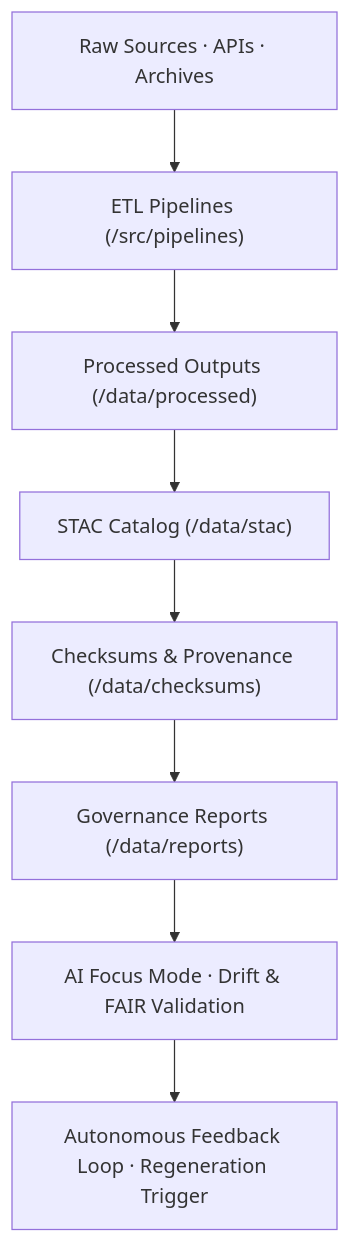
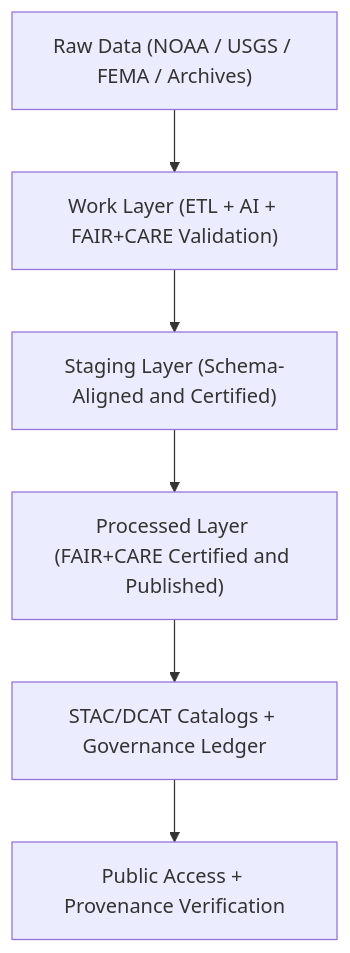
The first of 2 diagrams in data/ARCHITECTURE.md (bartytime4life/Kansas-Frontier-Matrix), drawn with Mermaid before and after one commit. The commit also changed other lines of this file, not shown here.

````diff
--- a/data/ARCHITECTURE.md
+++ b/data/ARCHITECTURE.md
@@ -64,10 +53,8 @@
 ```mermaid
-graph TD
-  A["Raw Sources · APIs · Archives"] --> B["ETL Pipelines (/src/pipelines)"]
-  B --> C["Processed Outputs (/data/processed)"]
-  C --> D["STAC Catalog (/data/stac)"]
-  D --> E["Checksums & Provenance (/data/checksums)"]
-  E --> F["Governance Reports (/data/reports)"]
-  F --> G["AI Focus Mode · Drift & FAIR Validation"]
-  G --> H["Autonomous Feedback Loop · Regeneration Trigger"]
+flowchart TD
+    A["Raw Data (NOAA / USGS / FEMA / Archives)"] --> B["Work Layer (ETL + AI + FAIR+CARE Validation)"]
+    B --> C["Staging Layer (Schema-Aligned and Certified)"]
+    C --> D["Processed Layer (FAIR+CARE Certified and Published)"]
+    D --> E["STAC/DCAT Catalogs + Governance Ledger"]
+    E --> F["Public Access + Provenance Verification"]
 ```
````
